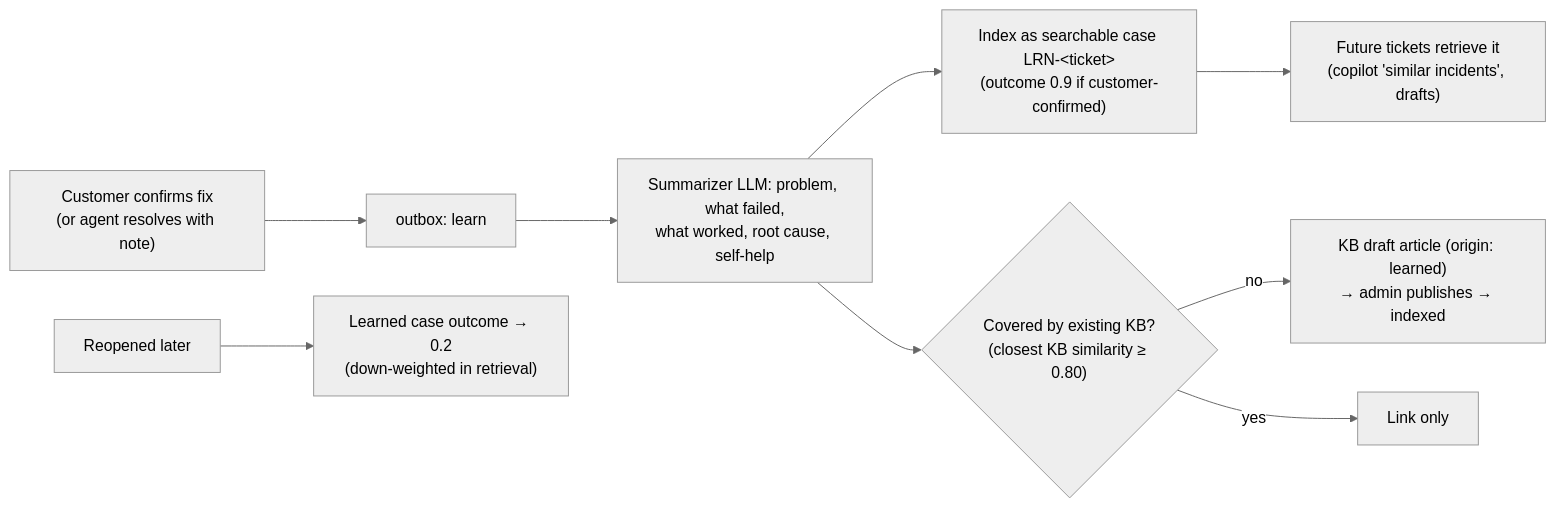
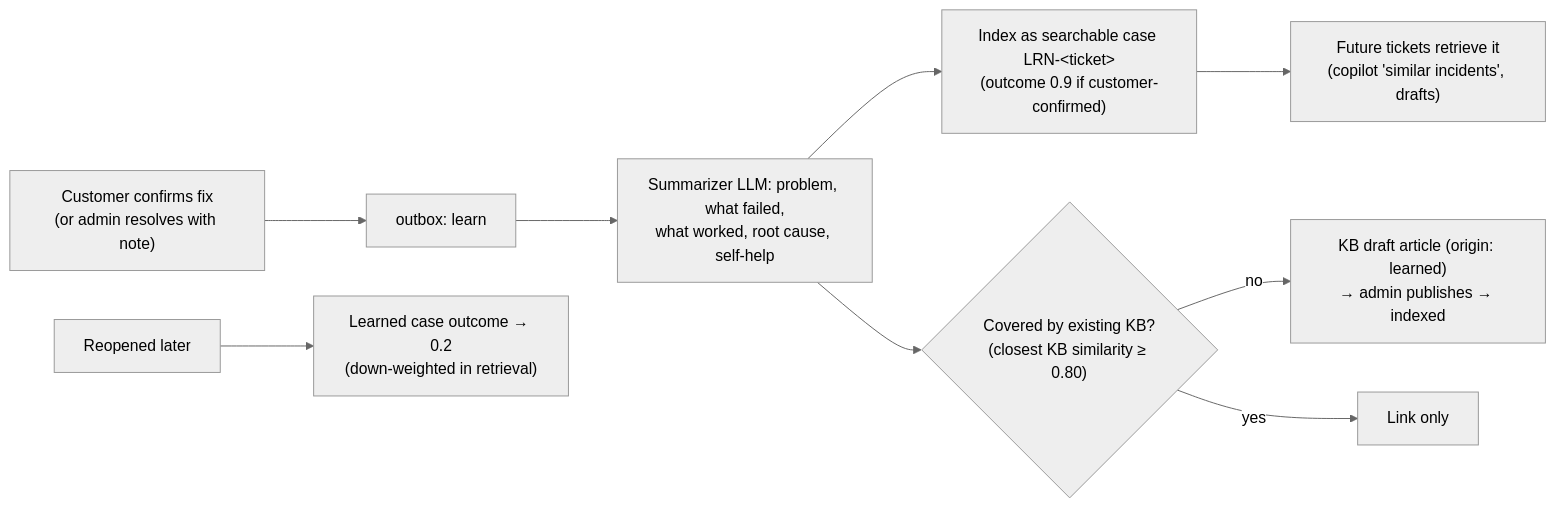
Before and after one commit to JJ1210-spec/telecom-support-resolution-assistant: the fourth of 4 diagrams in docs/architecture.md, drawn with Mermaid (neutral theme). The commit also changed other lines of this file and 41 other files, not shown here.

Commit message:
Consolidate customer and admin workflows

````diff
--- a/docs/architecture.md
+++ b/docs/architecture.md
@@ -213,11 +213,11 @@
 ```mermaid
 flowchart LR
-  R["Customer confirms fix<br/>(or agent resolves with note)"] --> O["outbox: learn"]
+  R["Customer confirms fix<br/>(or admin resolves with note)"] --> O["outbox: learn"]
   O --> S["Summarizer LLM: problem, what failed,<br/>what worked, root cause, self-help"]
   S --> I["Index as searchable case LRN-&lt;ticket&gt;<br/>(outcome 0.9 if customer-confirmed)"]
   S --> N{"Covered by existing KB?<br/>(closest KB similarity ≥ 0.80)"}
   N -- no --> K["KB draft article (origin: learned)<br/>→ admin publishes → indexed"]
   N -- yes --> X["Link only"]
   I --> F["Future tickets retrieve it<br/>(copilot 'similar incidents', drafts)"]
   RO["Reopened later"] --> D["Learned case outcome → 0.2<br/>(down-weighted in retrieval)"]
 ```
````
